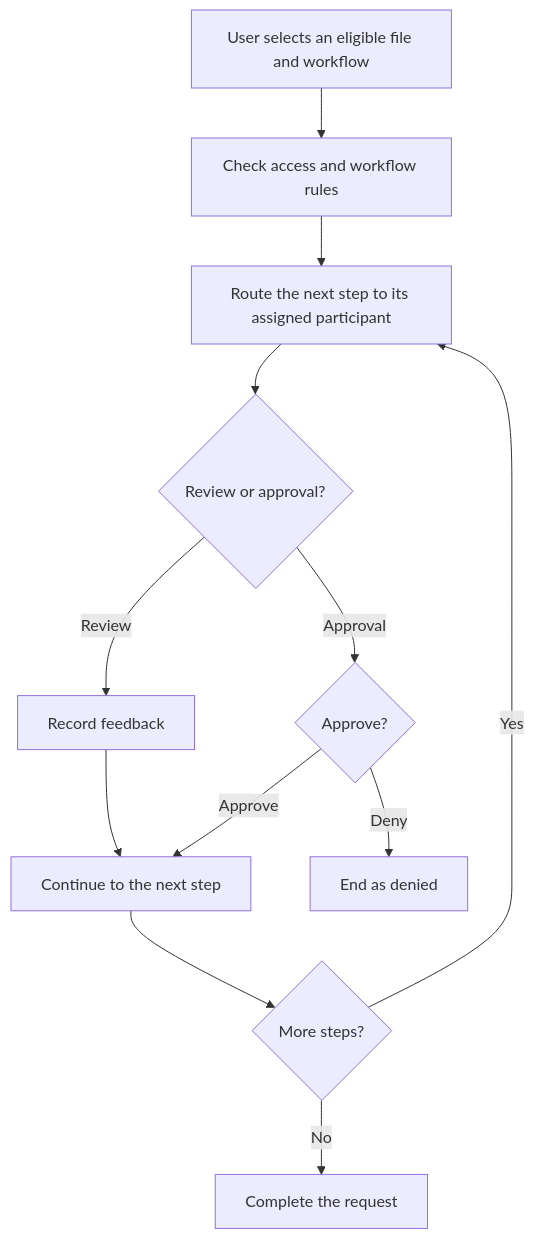
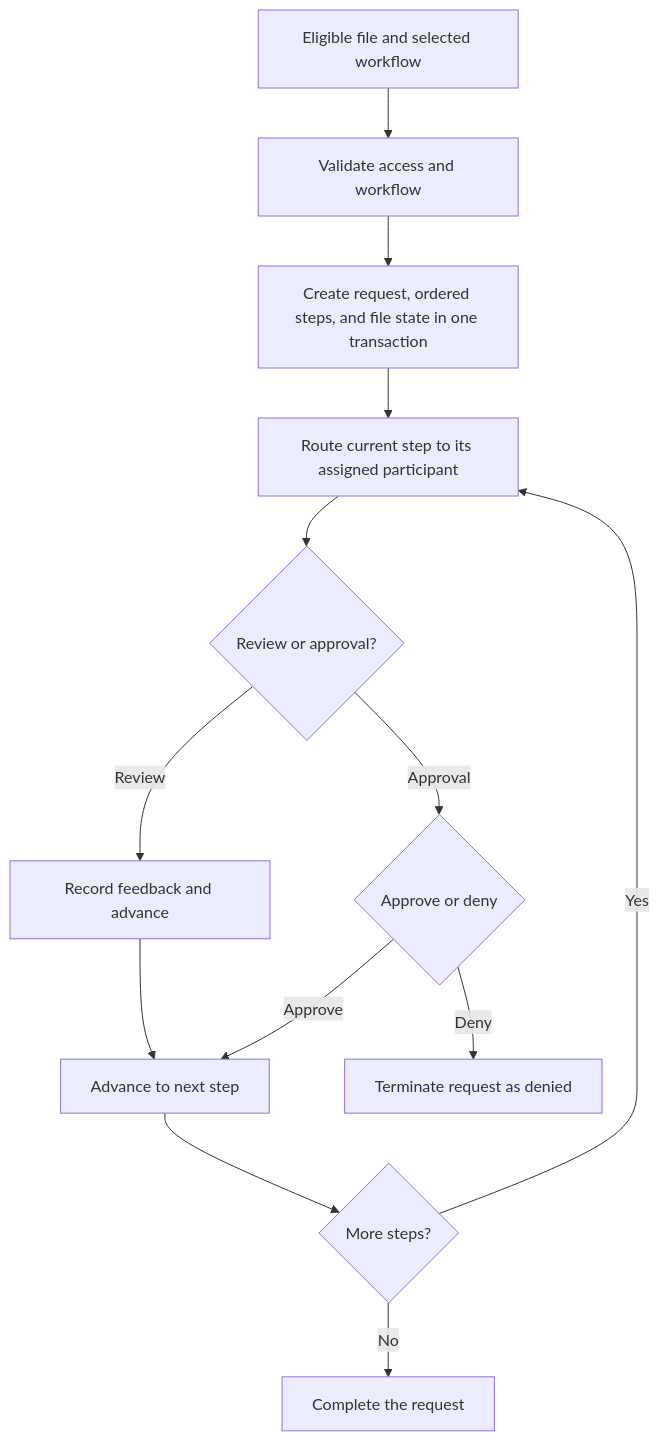
Before and after one commit to clrzr/clrzr.github.io: the first of 2 diagrams in _case_studies/approvalflow.md, drawn with Mermaid. The commit also changed other lines of this file, not shown here.

Commit message:
Reframe ApprovalFlow around engineering decisions

````diff
--- a/_case_studies/approvalflow.md
+++ b/_case_studies/approvalflow.md
@@ -24,14 +24,15 @@
 ```mermaid
 flowchart TD
-    Start["User selects an eligible file and workflow"] --> Validate["Check access and workflow rules"]
-    Validate --> Route["Route the next step to its assigned participant"]
-    Route --> Type{"Review or approval?"}
-    Type -->|"Review"| Feedback["Record feedback"]
-    Type -->|"Approval"| Decision{"Approve?"}
-    Feedback --> Continue["Continue to the next step"]
-    Decision -->|"Approve"| Continue
-    Decision -->|"Deny"| Denied["End as denied"]
-    Continue --> More{"More steps?"}
-    More -->|"Yes"| Route
+    File["Eligible file and selected workflow"] --> Validate["Validate access and workflow"]
+    Validate --> Create["Create request, ordered steps, and file state in one transaction"]
+    Create --> Assignee["Route current step to its assigned participant"]
+    Assignee --> Action{"Review or approval?"}
+    Action -->|"Review"| Feedback["Record feedback and advance"]
+    Action -->|"Approval"| Decision{"Approve or deny"}
+    Decision -->|"Approve"| Advance["Advance to next step"]
+    Decision -->|"Deny"| Stop["Terminate request as denied"]
+    Feedback --> Advance
+    Advance --> More{"More steps?"}
+    More -->|"Yes"| Assignee
     More -->|"No"| Complete["Complete the request"]
 ```
````
